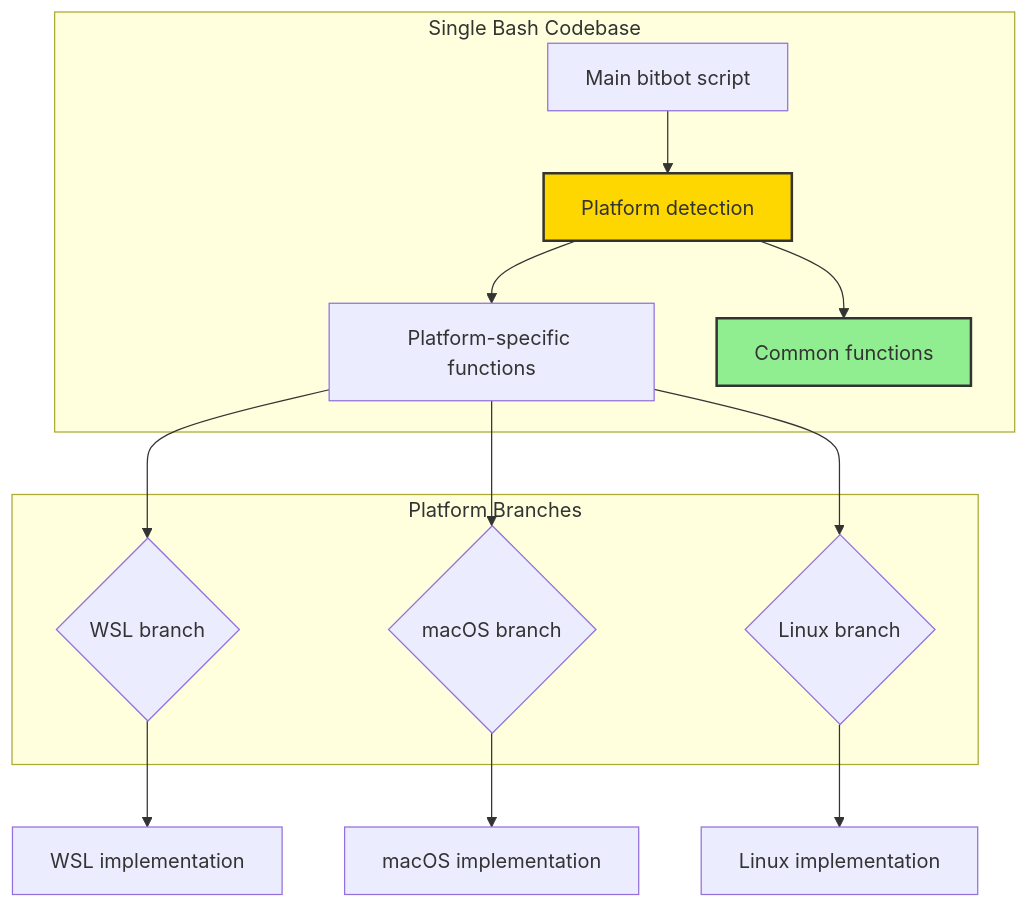
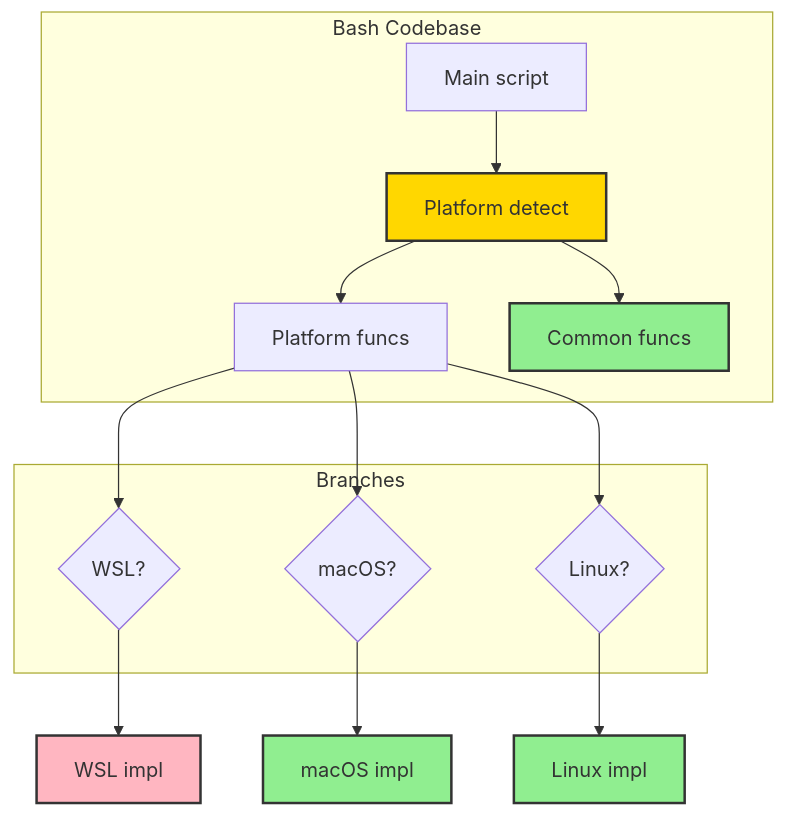
One commit to ManuelKugelmann/BitBot changed the sixth of 6 diagrams in sparc/3-architecture/diagrams/05-cross-platform-flow.md. Above: the diagram before and after it, drawn with Mermaid. The commit also changed other lines of this file and 5 other files, not shown here.

First line of the commit message:
Remove Docker from config mode in architecture diagrams

````diff
--- a/sparc/3-architecture/diagrams/05-cross-platform-flow.md
+++ b/sparc/3-architecture/diagrams/05-cross-platform-flow.md
@@ -387,30 +390,33 @@
 ```mermaid
 graph TB
-    subgraph "Single Bash Codebase"
-        MAIN[Main bitbot script]
-        DETECT[Platform detection]
-        PLATFORM_FUNCS[Platform-specific functions]
-        COMMON[Common functions]
+    subgraph CODE["Bash Codebase"]
+        MAIN[Main script]
+        DETECT[Platform detect]
+        PLATFORM_FUNCS[Platform funcs]
+        COMMON[Common funcs]
     end
 
-    subgraph "Platform Branches"
-        WSL_BRANCH{WSL branch}
-        MAC_BRANCH{macOS branch}
-        LINUX_BRANCH{Linux branch}
+    subgraph BRANCH["Branches"]
+        WSL_BRANCH{WSL?}
+        MAC_BRANCH{macOS?}
+        LINUX_BRANCH{Linux?}
     end
 
     MAIN --> DETECT
     DETECT --> PLATFORM_FUNCS
     DETECT --> COMMON
 
     PLATFORM_FUNCS --> WSL_BRANCH
     PLATFORM_FUNCS --> MAC_BRANCH
     PLATFORM_FUNCS --> LINUX_BRANCH
 
-    WSL_BRANCH --> WSL_IMPL[WSL implementation]
-    MAC_BRANCH --> MAC_IMPL[macOS implementation]
-    LINUX_BRANCH --> LINUX_IMPL[Linux implementation]
+    WSL_BRANCH --> WSL_IMPL[WSL impl]
+    MAC_BRANCH --> MAC_IMPL[macOS impl]
+    LINUX_BRANCH --> LINUX_IMPL[Linux impl]
 
     style DETECT fill:#ffd700,stroke:#333,stroke-width:2px
     style COMMON fill:#90ee90,stroke:#333,stroke-width:2px
+    style WSL_IMPL fill:#ffb6c1,stroke:#333,stroke-width:2px
+    style MAC_IMPL fill:#90ee90,stroke:#333,stroke-width:2px
+    style LINUX_IMPL fill:#90ee90,stroke:#333,stroke-width:2px
 ```
````
